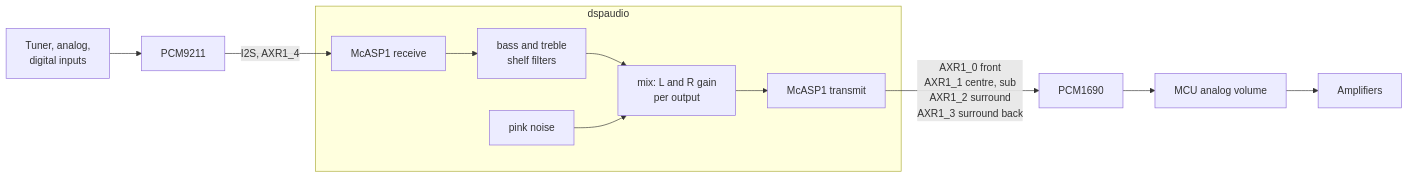
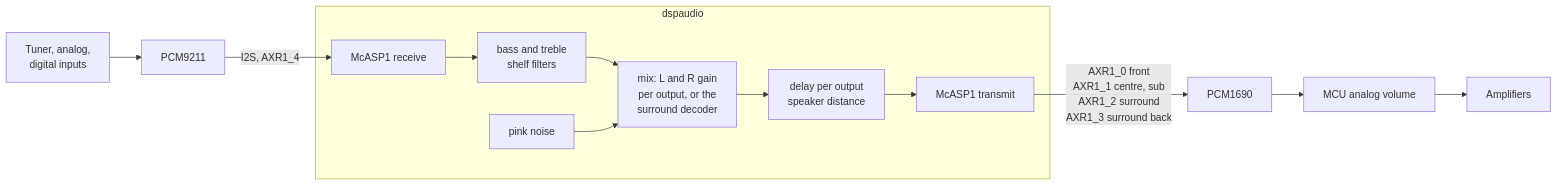
The fifth of 5 diagrams in docs/architecture.md (ubis/OSIRIS), drawn with Mermaid before and after one commit. The commit also changed other lines of this file and 2 other files, not shown here.

Commit message:
docs: describe the surround decoder and the mode names

````diff
--- a/docs/architecture.md
+++ b/docs/architecture.md
@@ -153,13 +153,14 @@
 ```mermaid
 flowchart LR
     IN[Tuner, analog,<br/>digital inputs] --> DIR[PCM9211]
     DIR -->|I2S, AXR1_4| RX[McASP1 receive]
     subgraph dspaudio
         RX --> TONE[bass and treble<br/>shelf filters]
-        TONE --> MIX[mix: L and R gain<br/>per output]
+        TONE --> MIX[mix: L and R gain<br/>per output, or the<br/>surround decoder]
         NOISE[pink noise] --> MIX
-        MIX --> TX[McASP1 transmit]
+        MIX --> DELAY[delay per output<br/>speaker distance]
+        DELAY --> TX[McASP1 transmit]
     end
     TX -->|AXR1_0 front<br/>AXR1_1 centre, sub<br/>AXR1_2 surround<br/>AXR1_3 surround back| DAC[PCM1690]
     DAC --> VOL[MCU analog volume] --> AMP[Amplifiers]
 ```
````
